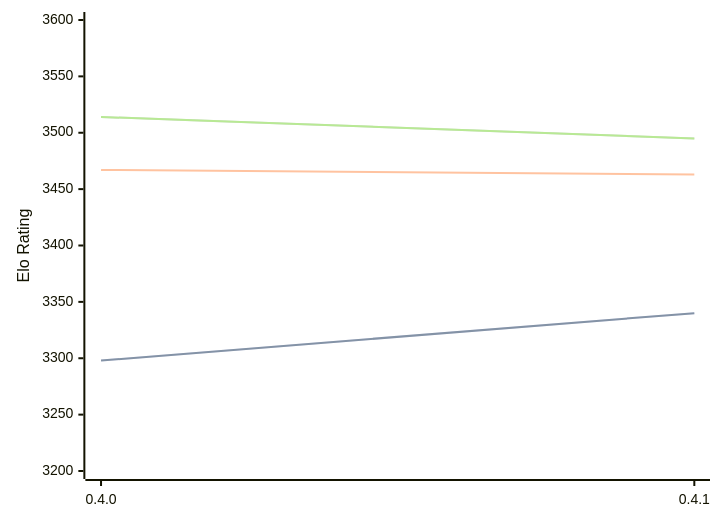
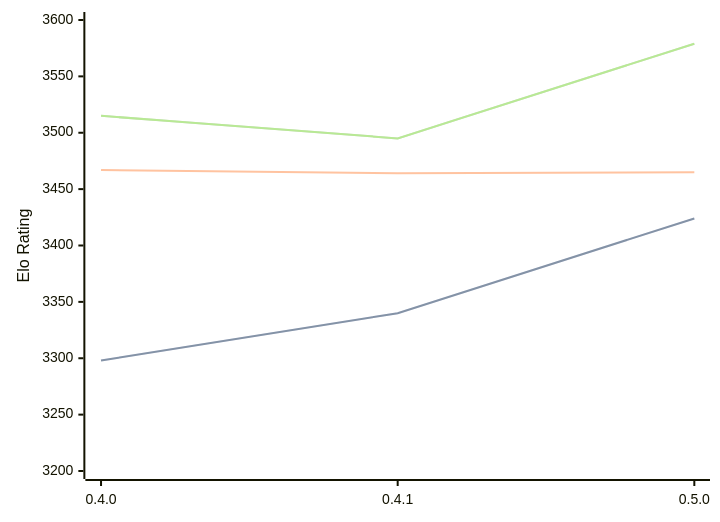
Before and after one commit to computer-chess-index/cci: the first of 3 diagrams in engines/Cinder.md, drawn with Mermaid. The commit also changed other lines of this file, not shown here.

Commit message:
Update CCI Ratings (ELO VLTC) - 2026-07-08

````diff
--- a/engines/Cinder.md
+++ b/engines/Cinder.md
@@ -41,11 +41,11 @@
 ```mermaid
 %%{init: {"theme":"base","themeVariables":{"seriesColors:['#a3a3a3','#222221','#faa371']}}}%%
 xychart-beta
-  x-axis ["0.4.0", "0.4.1"]
+  x-axis ["0.4.0", "0.4.1", "0.5.0"]
   y-axis "Elo Rating" 3200 --> 3600
-  line "STC (8.0+0.08s)" [3298, 3340]
-  line "STC (8.0+0.08s)" [3298, 3340]
-  line "LTC (60.0+0.60s)" [3467, 3463]
-  line "VLTC (2m24s+1.12s)" [3514, 3495]
-  line "VLTC (2m24s+1.12s)" [3514, 3495]
+  line "STC (8.0+0.08s)" [3298, 3340, 3424]
+  line "STC (8.0+0.08s)" [3298, 3340, 3424]
+  line "LTC (60.0+0.60s)" [3467, 3464, 3465]
+  line "VLTC (2m24s+1.12s)" [3515, 3495, 3579]
+  line "VLTC (2m24s+1.12s)" [3515, 3495, 3579]
 ```
````
